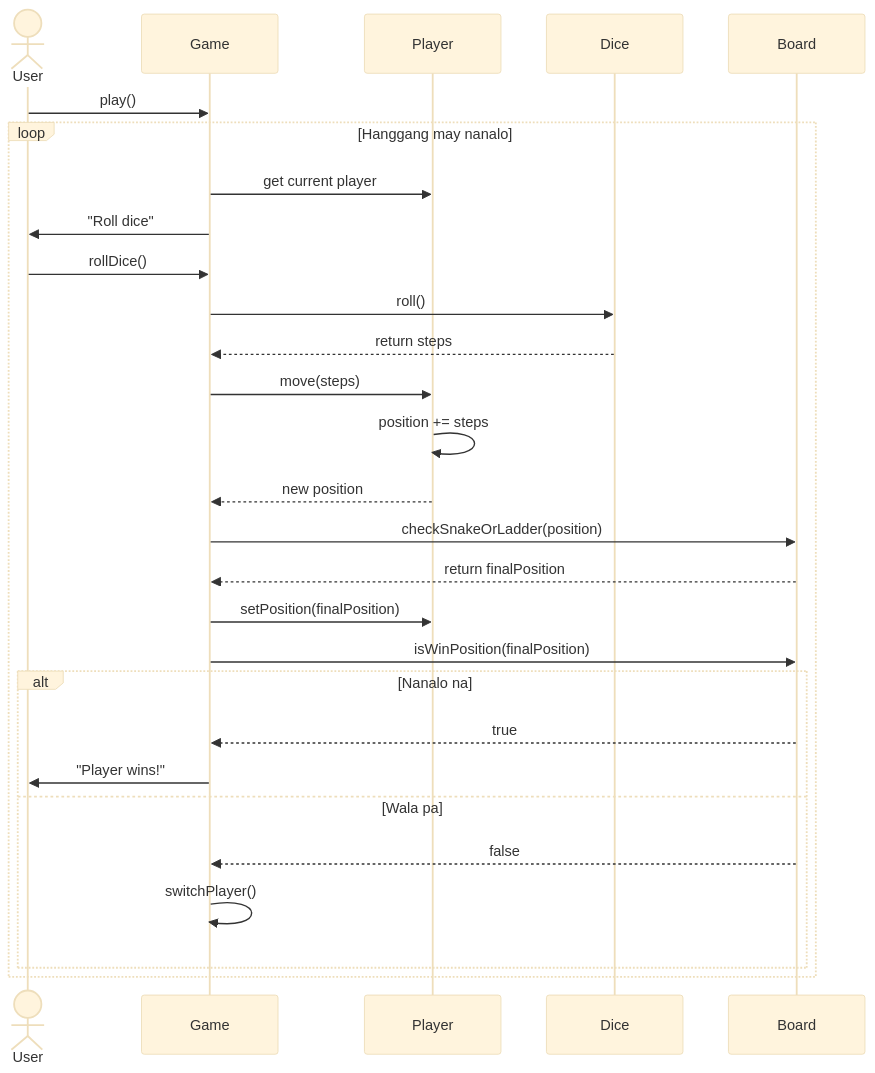
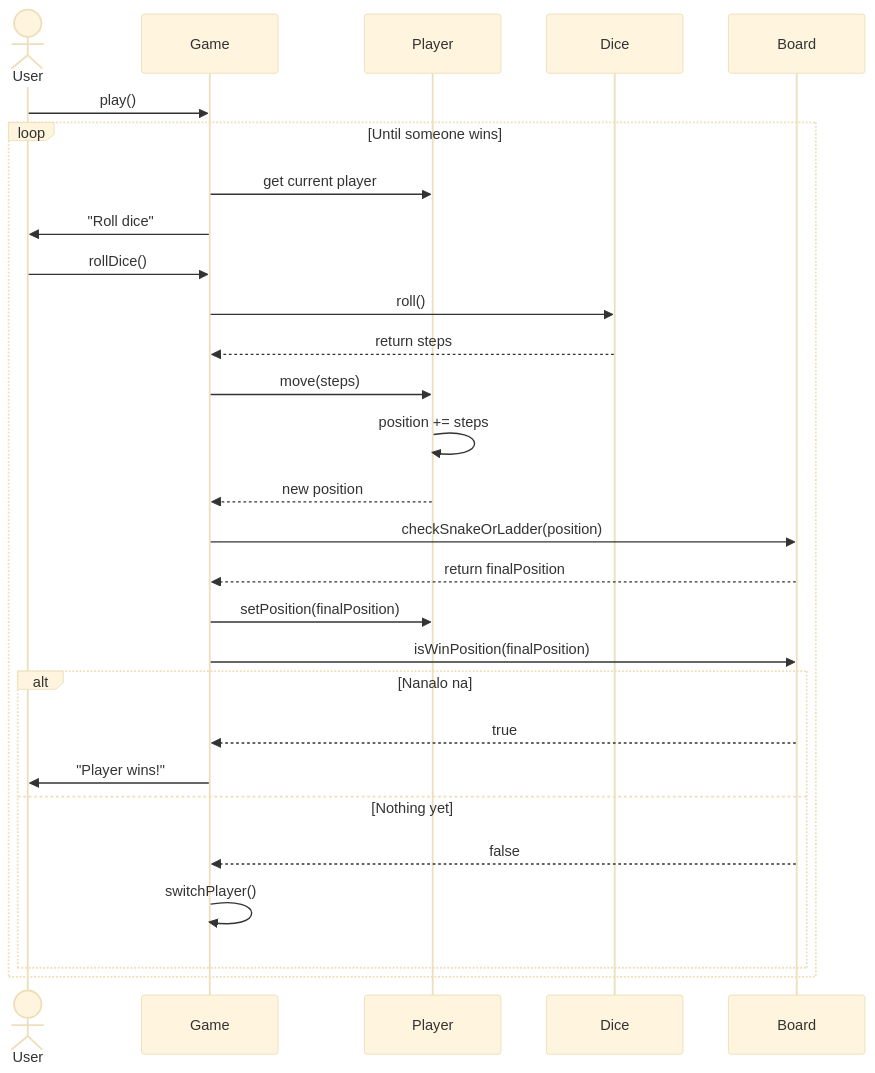
One commit to braynnorbigo-ui/Snake-Ladder-SBK changed the second of 2 diagrams in README.md. Above: the diagram before and after it, drawn with Mermaid (base theme).

````diff
--- a/README.md
+++ b/README.md
@@ -38,31 +38,31 @@
 ```mermaid
 sequenceDiagram
     actor User
     participant Game
     participant Player
     participant Dice
     participant Board
     
     User->>Game: play()
-    loop Hanggang may nanalo
+    loop Until someone wins
         Game->>Player: get current player
         Game->>User: "Roll dice"
         User->>Game: rollDice()
         Game->>Dice: roll()
         Dice-->>Game: return steps
         Game->>Player: move(steps)
         Player->>Player: position += steps
         Player-->>Game: new position
         Game->>Board: checkSnakeOrLadder(position)
         Board-->>Game: return finalPosition
         Game->>Player: setPosition(finalPosition)
         Game->>Board: isWinPosition(finalPosition)
         alt Nanalo na
             Board-->>Game: true
             Game->>User: "Player wins!"
-        else Wala pa
+        else Nothing yet
             Board-->>Game: false
             Game->>Game: switchPlayer()
         end
     end
 ```
````
